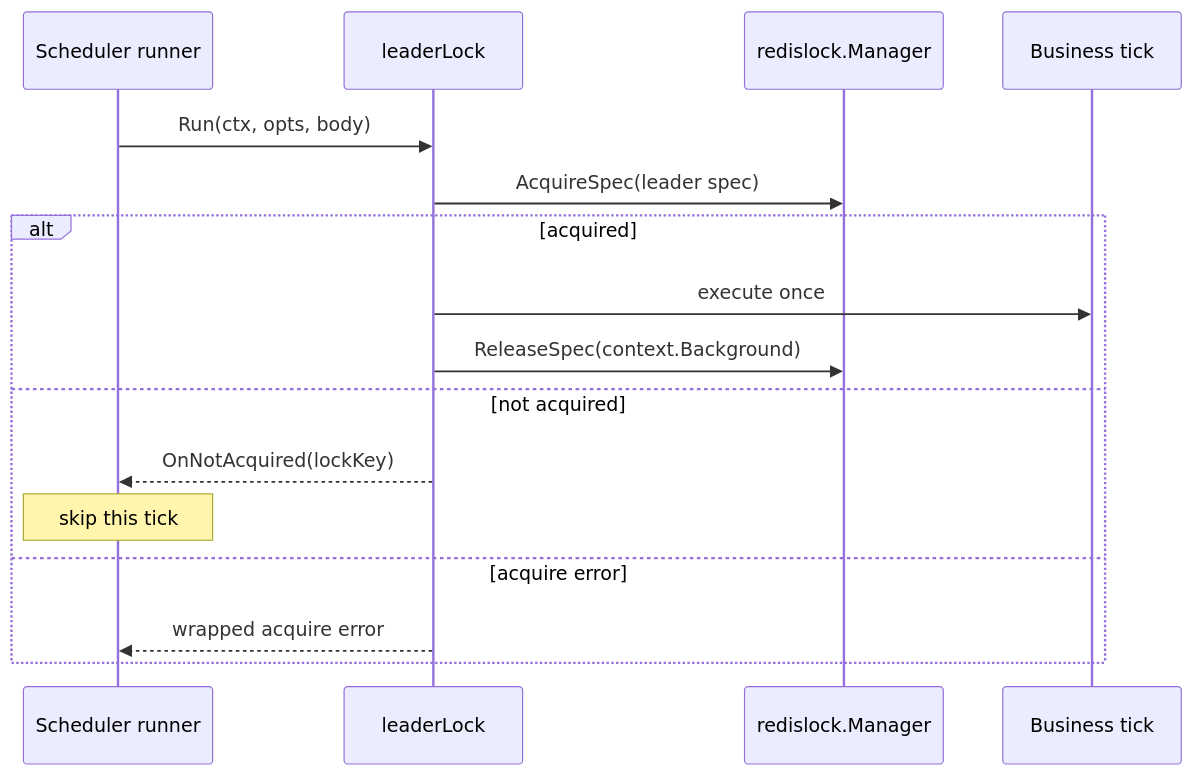
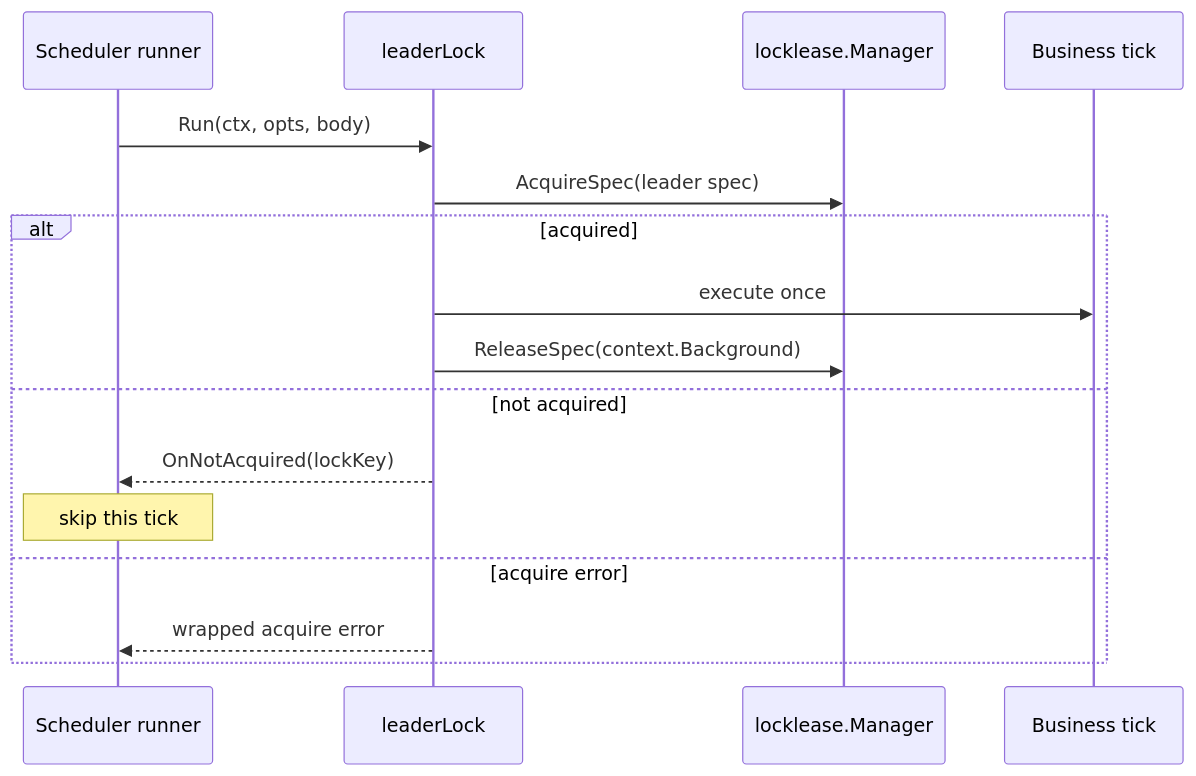
One commit to FangcunMount/qs-server changed the second of 3 diagrams in docs/03-基础设施/redis/06-Redis分布式锁层.md. Above: the diagram before and after it, drawn with Mermaid. The commit also changed other lines of this file and 34 other files, not shown here.

````diff
--- a/docs/03-基础设施/redis/06-Redis分布式锁层.md
+++ b/docs/03-基础设施/redis/06-Redis分布式锁层.md
@@ -41,19 +41,19 @@
 ```mermaid
 sequenceDiagram
     participant S as Scheduler runner
     participant L as leaderLock
-    participant M as redislock.Manager
+    participant M as locklease.Manager
     participant Body as Business tick
 
     S->>L: Run(ctx, opts, body)
     L->>M: AcquireSpec(leader spec)
     alt acquired
         L->>Body: execute once
         L->>M: ReleaseSpec(context.Background)
     else not acquired
         L-->>S: OnNotAcquired(lockKey)
         Note over S: skip this tick
     else acquire error
         L-->>S: wrapped acquire error
     end
 ```
````
